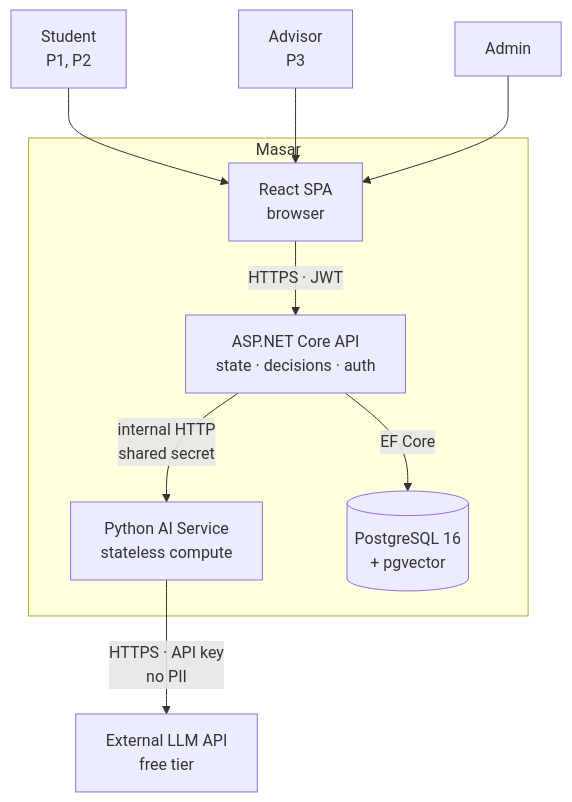
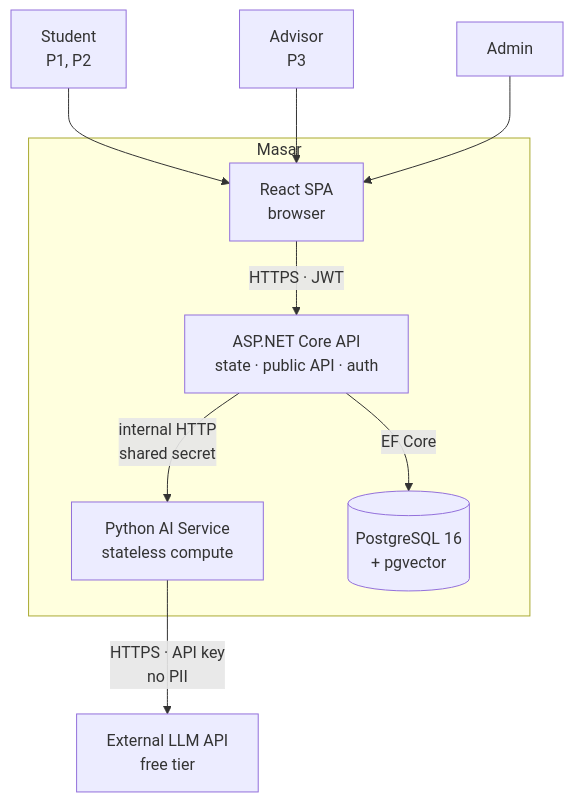
The first of 8 diagrams in docs/03-architecture.md (Masar-SCU/Masar), drawn with Mermaid before and after one commit. The commit also changed other lines of this file, not shown here.

````diff
--- a/docs/03-architecture.md
+++ b/docs/03-architecture.md
@@ -49,23 +51,23 @@
 ```mermaid
 flowchart TB
     STU["Student<br/>P1, P2"]
     ADV["Advisor<br/>P3"]
     ADM["Admin"]
 
     subgraph MASAR["Masar"]
         WEB["React SPA<br/>browser"]
-        API["ASP.NET Core API<br/>state · decisions · auth"]
+        API["ASP.NET Core API<br/>state · public API · auth"]
         AISVC["Python AI Service<br/>stateless compute"]
         DB[("PostgreSQL 16<br/>+ pgvector")]
     end
 
     LLM["External LLM API<br/>free tier"]
 
     STU --> WEB
     ADV --> WEB
     ADM --> WEB
     WEB -->|"HTTPS · JWT"| API
     API -->|"EF Core"| DB
     API -->|"internal HTTP<br/>shared secret"| AISVC
     AISVC -->|"HTTPS · API key<br/>no PII"| LLM
 ```
````
